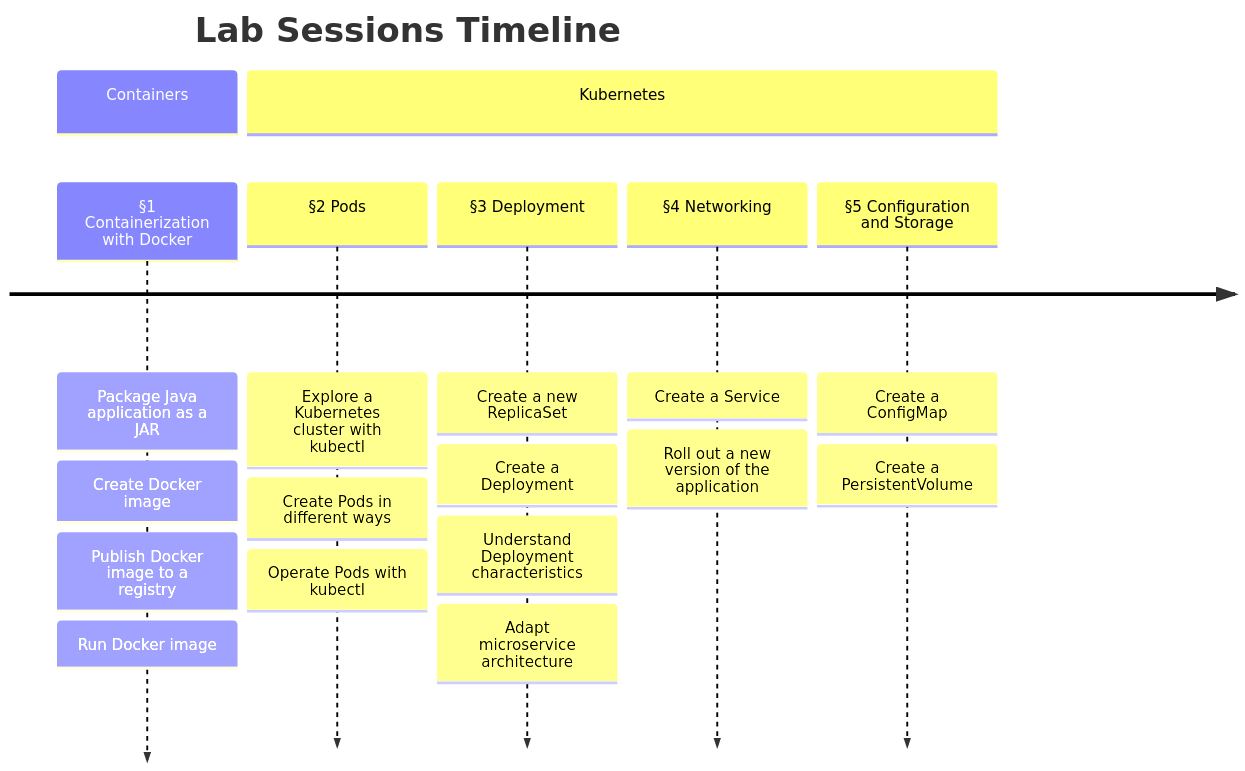
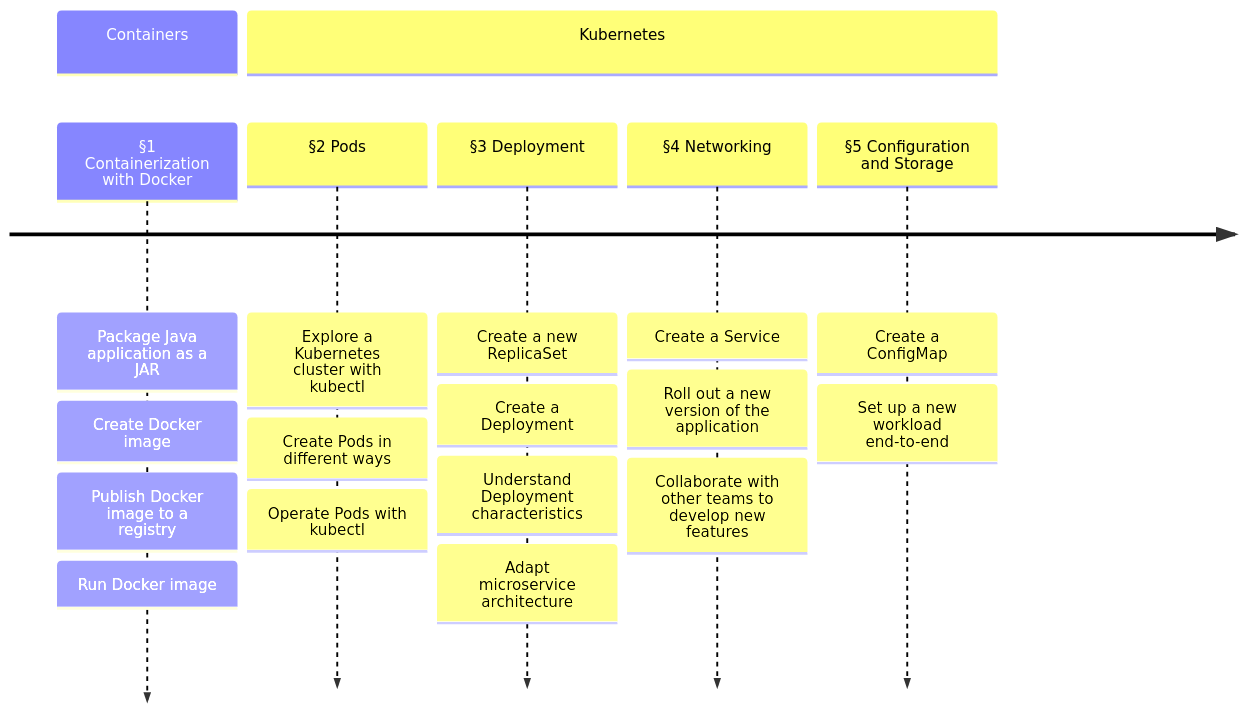
Before and after one commit to mincong-classroom/containers: the diagram in README.md, drawn with Mermaid. The commit also changed other lines of this file, not shown here.

Commit message:
Fix spelling errors and update objectives

````diff
--- a/README.md
+++ b/README.md
@@ -5,26 +5,26 @@
 ```mermaid
 timeline
-    title Lab Sessions Timeline
     section Containers
         §1 Containerization with Docker
             : Package Java application as a JAR
             : Create Docker image
             : Publish Docker image to a registry
             : Run Docker image
     section Kubernetes
         §2 Pods
             : Explore a Kubernetes cluster with kubectl
             : Create Pods in different ways
             : Operate Pods with kubectl
         §3 Deployment
             : Create a new ReplicaSet
             : Create a Deployment
             : Understand Deployment characteristics
             : Adapt microservice architecture
         §4 Networking
             : Create a Service
             : Roll out a new version of the application
+            : Collaborate with other teams to develop new features
         §5 Configuration and Storage
             : Create a ConfigMap
-            : Create a PersistentVolume
+            : Set up a new workload end-to-end
 ```
````
